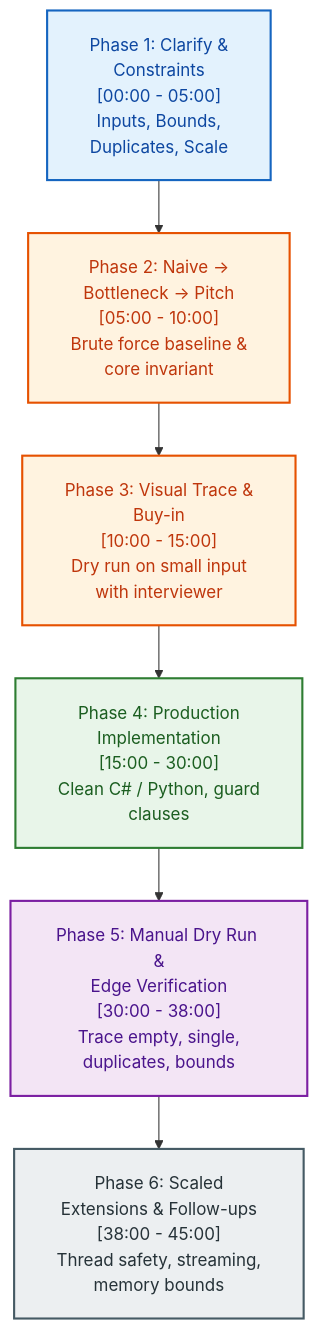
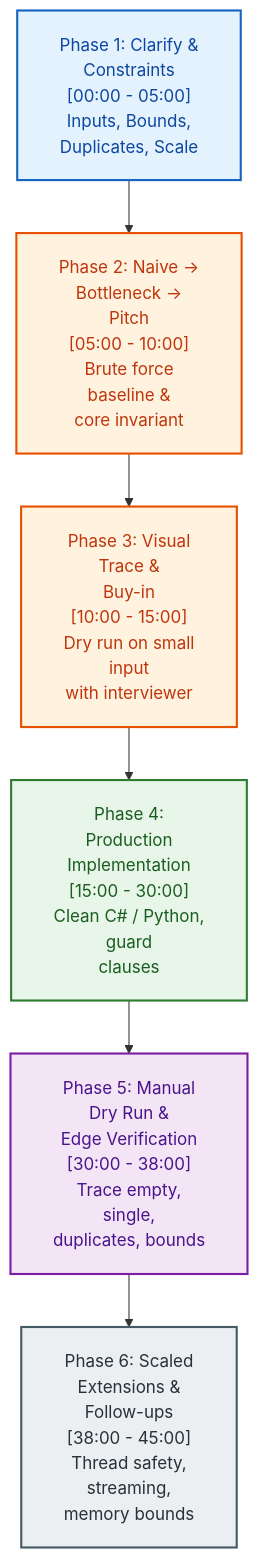
Before and after one commit to dip4k/DSA_102: the first of 2 diagrams in week_19_mock_interviews_mastery/Week_19_Visual_Concepts_Playbook_HYBRID.md, drawn with Mermaid. The commit also changed other lines of this file and 106 other files, not shown here.

First line of the commit message:
fix(mermaid): prevent text clipping with foreignObject overflow and tighter line wrapping

````diff
--- a/week_19_mock_interviews_mastery/Week_19_Visual_Concepts_Playbook_HYBRID.md
+++ b/week_19_mock_interviews_mastery/Week_19_Visual_Concepts_Playbook_HYBRID.md
@@ -23,18 +23,18 @@
 ```mermaid
-%%{init: {"flowchart": {"htmlLabels": true, "padding": 20}}}%%
+%%{init: {"flowchart": {"htmlLabels": true, "padding": 20}, "themeCSS": "foreignObject { overflow: visible !important; }"}}%%
 flowchart TD
     classDef clarify fill:#e3f2fd,stroke:#1565c0,stroke-width:2px,color:#0d47a1
     classDef design fill:#fff3e0,stroke:#e65100,stroke-width:2px,color:#bf360c
     classDef code fill:#e8f5e9,stroke:#2e7d32,stroke-width:2px,color:#1b5e20
     classDef test fill:#f3e5f5,stroke:#7b1fa2,stroke-width:2px,color:#4a148c
     classDef scale fill:#eceff1,stroke:#455a64,stroke-width:2px,color:#263238
 
     P1["Phase 1: Clarify &<br/>Constraints<br/>[00:00 - 05:00]<br/>Inputs, Bounds,<br/>Duplicates, Scale"]:::clarify
-    P2["Phase 2: Naive -><br/>Bottleneck -> Pitch<br/>[05:00 - 10:00]<br/>Brute force baseline &<br/>core invariant"]:::design
-    P3["Phase 3: Visual Trace &<br/>Buy-in<br/>[10:00 - 15:00]<br/>Dry run on small input<br/>with interviewer"]:::design
-    P4["Phase 4: Production<br/>Implementation<br/>[15:00 - 30:00]<br/>Clean C# / Python, guard<br/>clauses"]:::code
-    P5["Phase 5: Manual Dry Run &<br/>Edge Verification<br/>[30:00 - 38:00]<br/>Trace empty, single,<br/>duplicates, bounds"]:::test
-    P6["Phase 6: Scaled<br/>Extensions & Follow-ups<br/>[38:00 - 45:00]<br/>Thread safety, streaming,<br/>memory bounds"]:::scale
+    P2["Phase 2: Naive -><br/>Bottleneck -><br/>Pitch<br/>[05:00 - 10:00]<br/>Brute force<br/>baseline &<br/>core invariant"]:::design
+    P3["Phase 3: Visual<br/>Trace &<br/>Buy-in<br/>[10:00 - 15:00]<br/>Dry run on small<br/>input<br/>with interviewer"]:::design
+    P4["Phase 4:<br/>Production<br/>Implementation<br/>[15:00 - 30:00]<br/>Clean C# / Python,<br/>guard<br/>clauses"]:::code
+    P5["Phase 5: Manual<br/>Dry Run &<br/>Edge Verification<br/>[30:00 - 38:00]<br/>Trace empty,<br/>single,<br/>duplicates, bounds"]:::test
+    P6["Phase 6: Scaled<br/>Extensions &<br/>Follow-ups<br/>[38:00 - 45:00]<br/>Thread safety,<br/>streaming,<br/>memory bounds"]:::scale
 
     P1 --> P2 --> P3 --> P4 --> P5 --> P6
 ```
````
